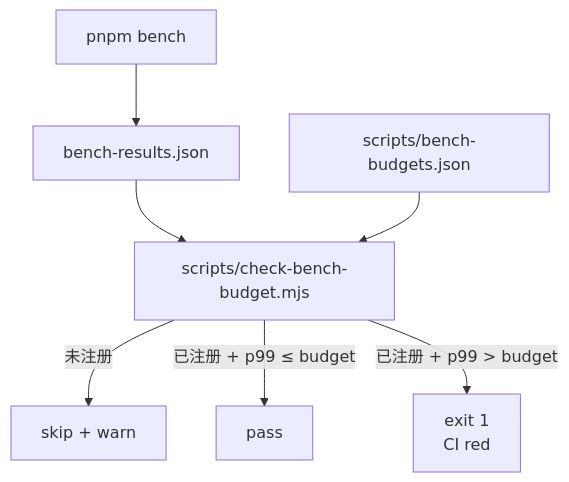
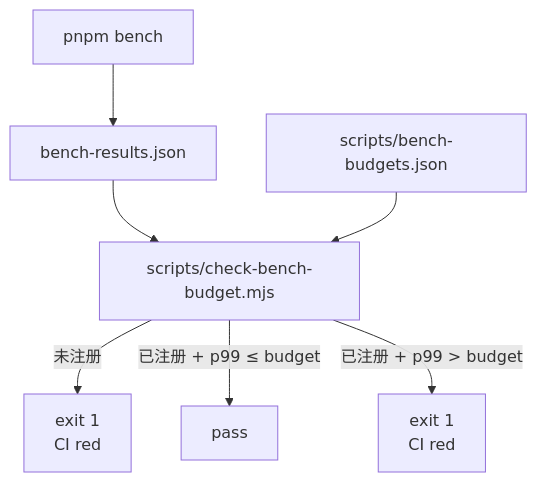
Before and after one commit to SakuraPuare/apollo-map-studio: the diagram in docs/contributing/benchmarking.md, drawn with Mermaid. The commit also changed other lines of this file and 9 other files, not shown here.

````diff
--- a/docs/contributing/benchmarking.md
+++ b/docs/contributing/benchmarking.md
@@ -93,9 +93,9 @@
 ```mermaid
 flowchart TD
     A[pnpm bench] --> B[bench-results.json]
     B --> C[scripts/check-bench-budget.mjs]
     D[scripts/bench-budgets.json] --> C
-    C -->|未注册| E[skip + warn]
+    C -->|未注册| E[exit 1<br/>CI red]
     C -->|已注册 + p99 ≤ budget| F[pass]
     C -->|已注册 + p99 > budget| G[exit 1<br/>CI red]
 ```
````
